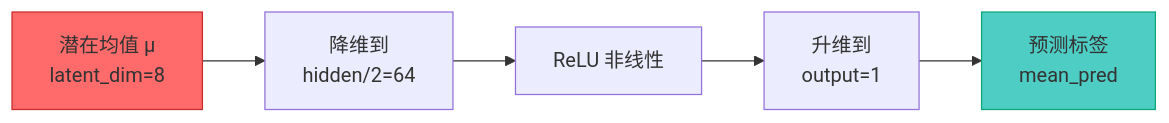
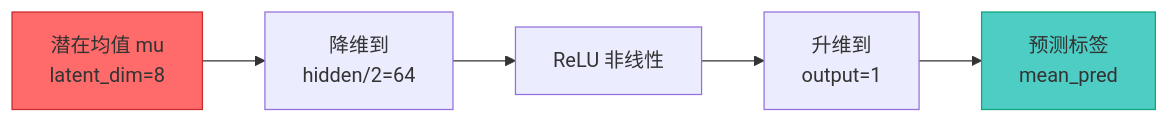
Before and after one commit to dujijundavid/Battery_fault_detection_NC_github: the fifth of 7 diagrams in docs/dyad_tutorial/01_模型架构.md, drawn with Mermaid. The commit also changed other lines of this file and 3 other files, not shown here.

First line of the commit message:
fix: repair broken mermaid charts in dyad_tutorial

````diff
--- a/docs/dyad_tutorial/01_模型架构.md
+++ b/docs/dyad_tutorial/01_模型架构.md
@@ -262,10 +262,10 @@
 ```mermaid
 graph LR
-    M[潜在均值 μ<br/>latent_dim=8] --> N1[降维到<br/>hidden/2=64]
+    M[潜在均值 mu<br/>latent_dim=8] --> N1[降维到<br/>hidden/2=64]
     N1 --> N2[ReLU 非线性]
     N2 --> N3[升维到<br/>output=1]
     N3 --> P[预测标签<br/>mean_pred]
 
     style M fill:#ff6b6b,stroke:#c92a2a
     style P fill:#4ecdc4,stroke:#0ca678
 ```
````
